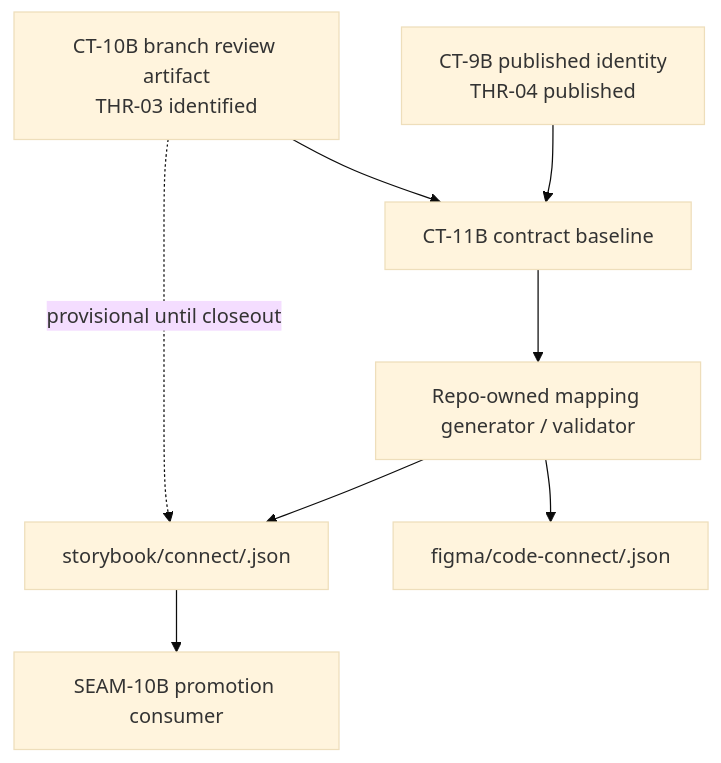
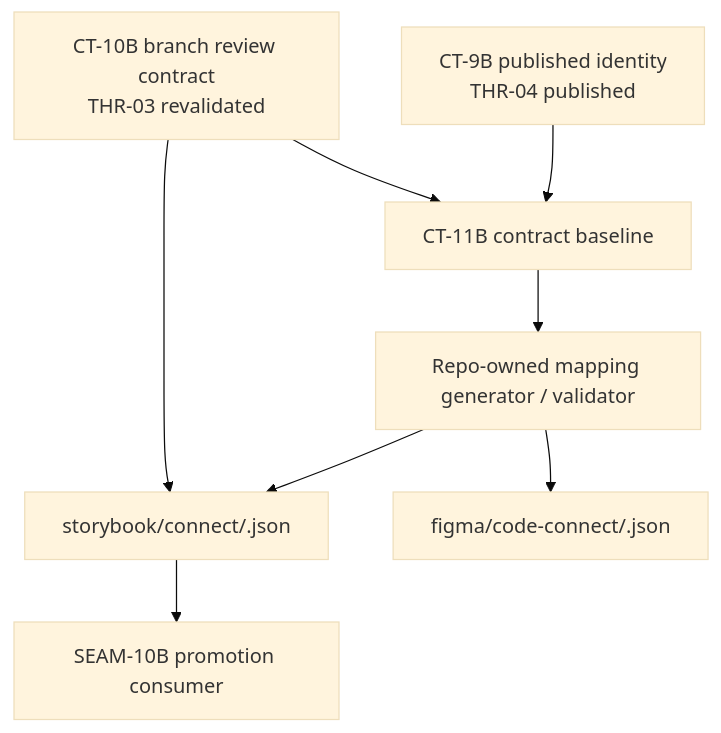
One commit to atomize-hq/collider changed the second of 3 diagrams in harness-future-rails/threaded-seams/seam-9b-reusable-component-mapping-and-link-convergence/review.md. Above: the diagram before and after it, drawn with Mermaid (base theme). The commit also changed other lines of this file and 13 other files, not shown here.

````diff
--- a/harness-future-rails/threaded-seams/seam-9b-reusable-component-mapping-and-link-convergence/review.md
+++ b/harness-future-rails/threaded-seams/seam-9b-reusable-component-mapping-and-link-convergence/review.md
@@ -33,10 +33,10 @@
 ```mermaid
 flowchart TB
   CT9B["CT-9B published identity<br/>THR-04 published"] --> Contract["CT-11B contract baseline"]
-  CT10B["CT-10B branch review artifact<br/>THR-03 identified"] --> Contract
+  CT10B["CT-10B branch review contract<br/>THR-03 revalidated"] --> Contract
   Contract --> Generator["Repo-owned mapping generator / validator"]
   Generator --> Connect["storybook/connect/<component-id>.json"]
   Generator --> Figma["figma/code-connect/<component-id>.json"]
   Connect --> Promotion["SEAM-10B promotion consumer"]
-  CT10B -. provisional until closeout .-> Connect
+  CT10B --> Connect
 ```
````
